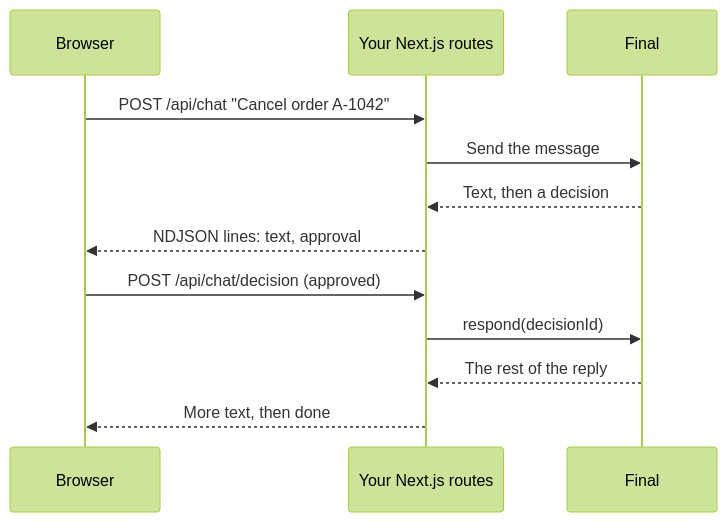
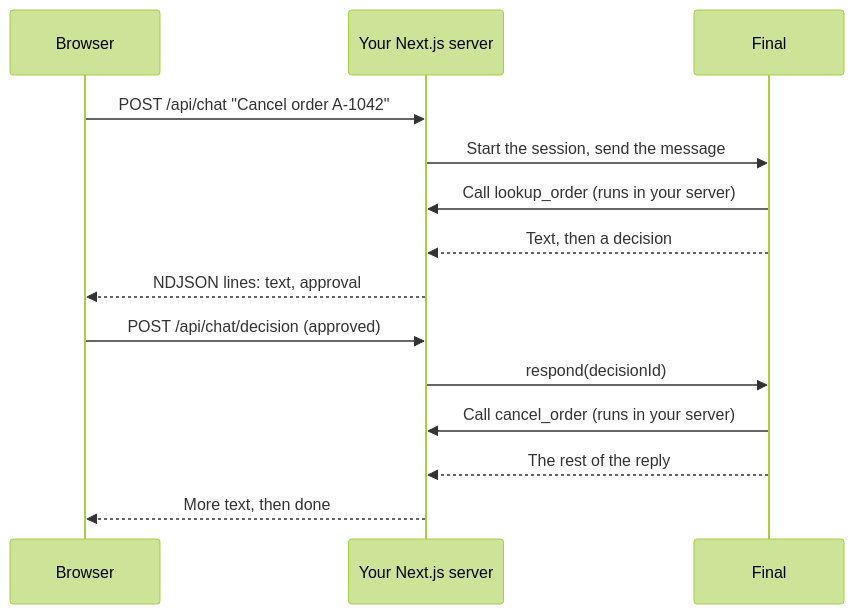
One commit to final-company/docs changed the diagram in examples/support-chat.mdx. Above: the diagram before and after it, drawn with Mermaid (forest theme). The commit also changed other lines of this file and 44 other files, not shown here.

````diff
--- a/examples/support-chat.mdx
+++ b/examples/support-chat.mdx
@@ -14,14 +14,16 @@
 ```mermaid
 sequenceDiagram
   participant Browser
-  participant Route as Your Next.js routes
+  participant Route as Your Next.js server
   participant Final
   Browser->>Route: POST /api/chat "Cancel order A-1042"
-  Route->>Final: Send the message
+  Route->>Final: Start the session, send the message
+  Final->>Route: Call lookup_order (runs in your server)
   Final-->>Route: Text, then a decision
   Route-->>Browser: NDJSON lines: text, approval
   Browser->>Route: POST /api/chat/decision (approved)
   Route->>Final: respond(decisionId)
+  Final->>Route: Call cancel_order (runs in your server)
   Final-->>Route: The rest of the reply
   Route-->>Browser: More text, then done
 ```
````
